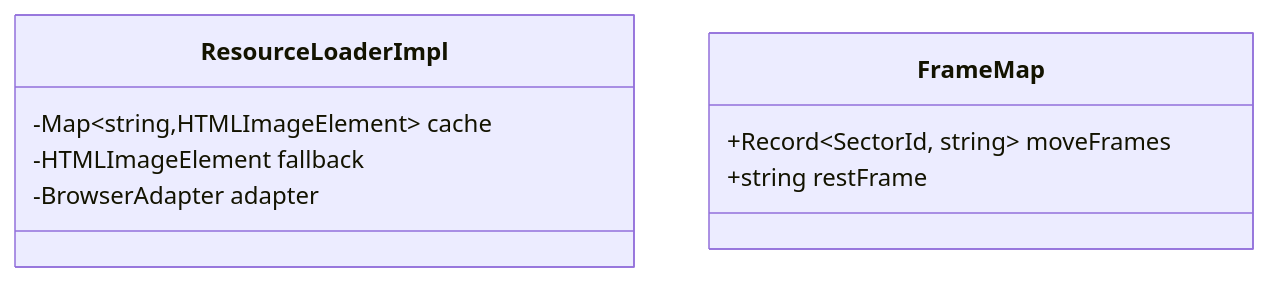
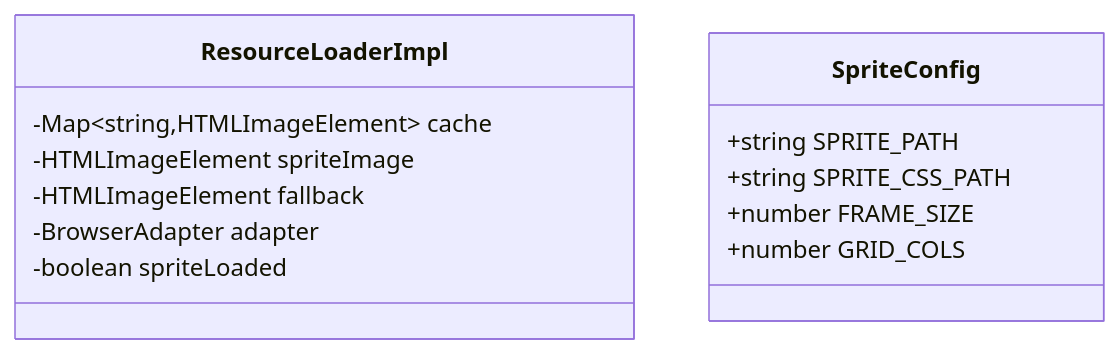
Before and after one commit to sher2018/cat_eyeing_mouse: diagram 14 of 59 in doc/2.detailed_design_specification.md, drawn with Mermaid. The commit also changed other lines of this file and 25 other files, not shown here.

````diff
--- a/doc/2.detailed_design_specification.md
+++ b/doc/2.detailed_design_specification.md
@@ -476,12 +498,16 @@
 ```mermaid
 classDiagram
     class ResourceLoaderImpl {
         -Map~string,HTMLImageElement~ cache
+        -HTMLImageElement spriteImage
         -HTMLImageElement fallback
         -BrowserAdapter adapter
+        -boolean spriteLoaded
     }
-    class FrameMap {
-        +Record~SectorId, string~ moveFrames
-        +string restFrame
+    class SpriteConfig {
+        +string SPRITE_PATH
+        +string SPRITE_CSS_PATH
+        +number FRAME_SIZE
+        +number GRID_COLS
     }
 ```
````
